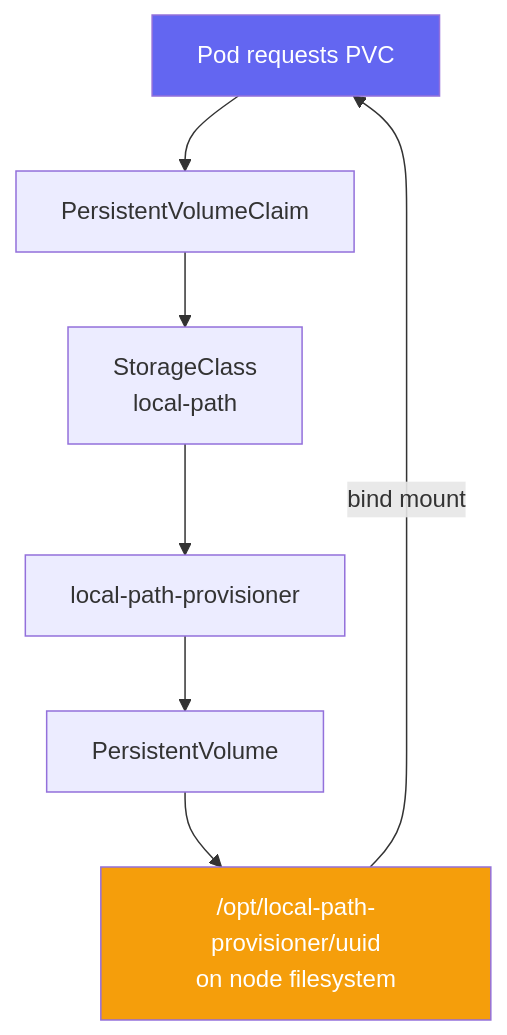
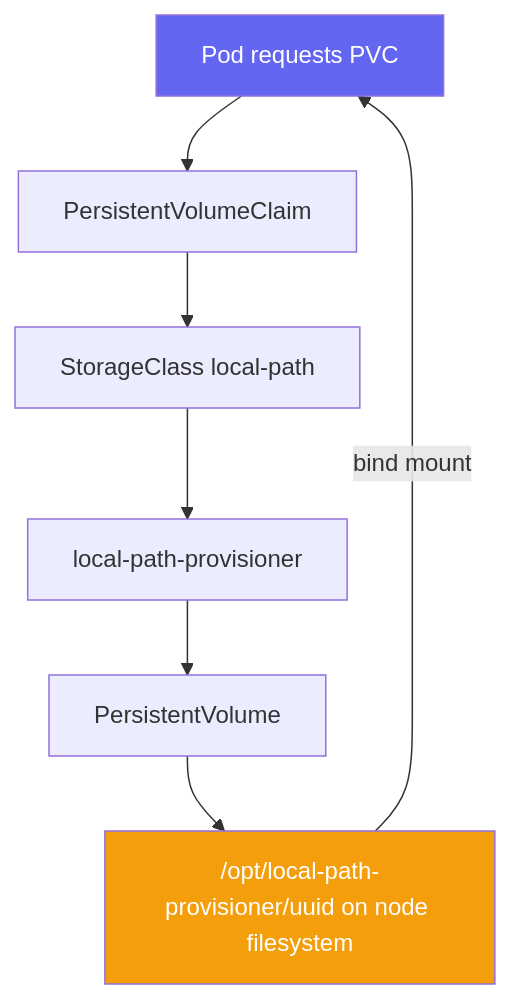
Before and after one commit to UncleJS/course_k3s: the sixth of 8 diagrams in 01_introduction/03_architecture_overview.md, drawn with Mermaid. The commit also changed other lines of this file and 57 other files, not shown here.

````diff
--- a/01_introduction/03_architecture_overview.md
+++ b/01_introduction/03_architecture_overview.md
@@ -270,19 +271,19 @@
 ```mermaid
 flowchart TD
     POD[Pod requests PVC]
     PVC[PersistentVolumeClaim]
-    SC[StorageClass\nlocal-path]
+    SC[StorageClass local-path]
     PROV[local-path-provisioner]
     PV[PersistentVolume]
-    DIR["/opt/local-path-provisioner/uuid\non node filesystem"]
+    DIR["/opt/local-path-provisioner/uuid on node filesystem"]
 
     POD --> PVC
     PVC --> SC
     SC --> PROV
     PROV --> PV
     PV --> DIR
     DIR -->|"bind mount"| POD
 
     style POD fill:#6366f1,color:#fff
     style DIR fill:#f59e0b,color:#fff
 ```
````
